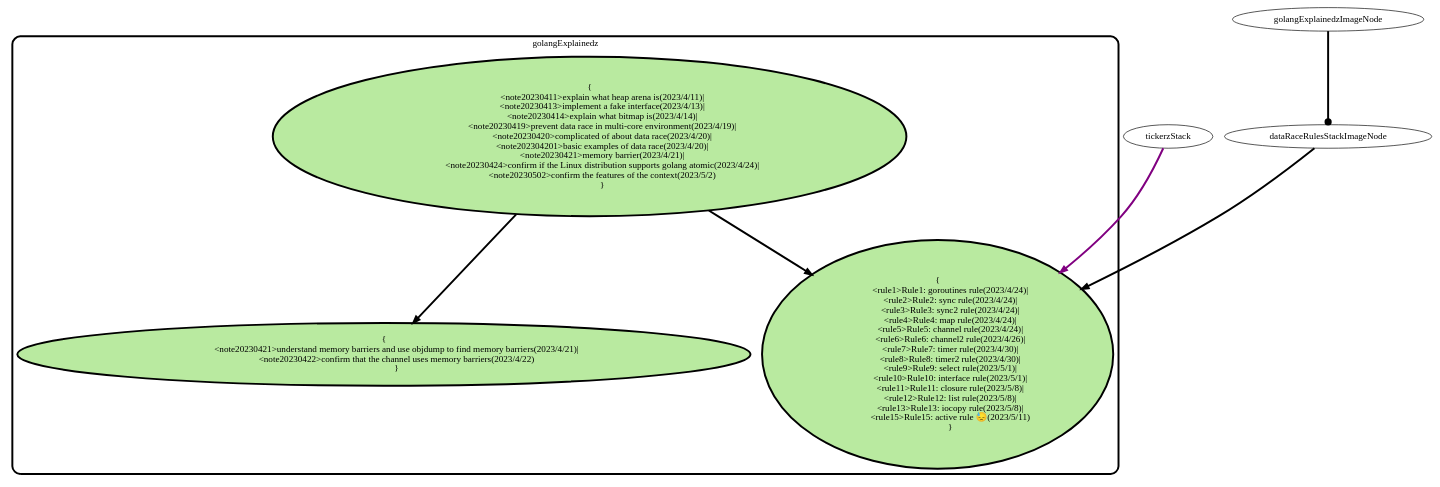
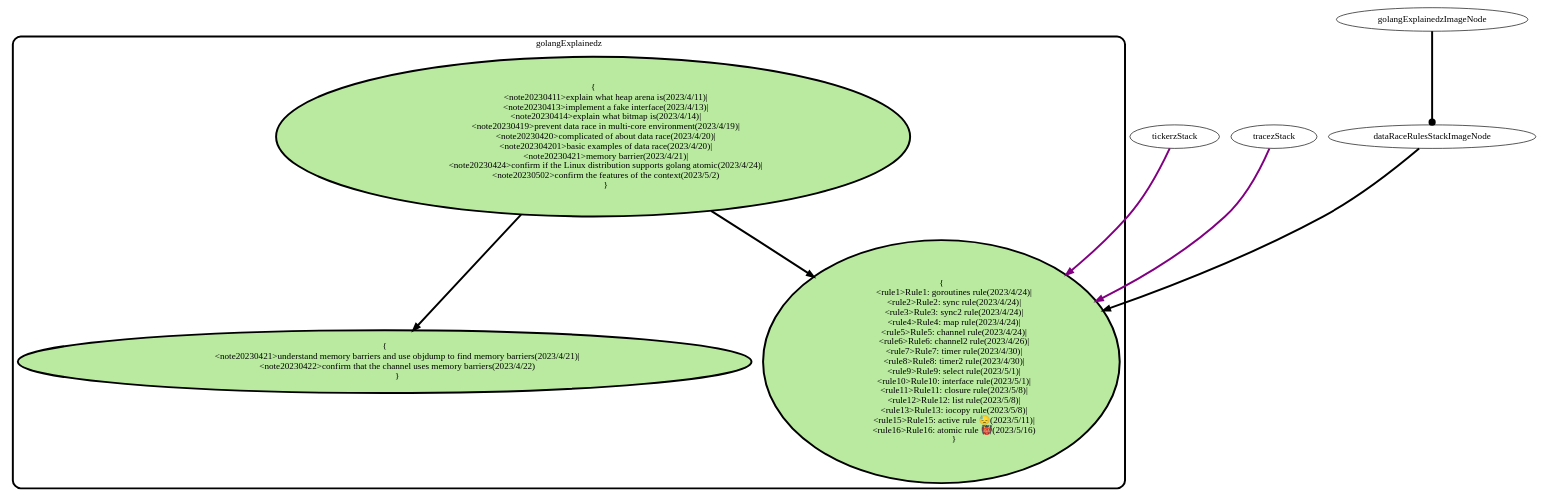
One commit to panhongrainbow/panhongrainbow.github.io changed the diagram in roadmap/subRoadmaps/07golangNode.dot. Above: the diagram before and after it, drawn with Graphviz. The commit also changed 4 other files, not shown here.

First line of the commit message:
[roadmap] records work on May 15, 2023, May 16, 2023 and May 14, 2023 👹.

```diff
--- a/roadmap/subRoadmaps/07golangNode.dot
+++ b/roadmap/subRoadmaps/07golangNode.dot
@@ -1,48 +1,50 @@
 digraph SubRoadmap {
     // (7) golang node
     subgraph cluster_golang_explain {
         style=rounded;
         penwidth=3;
         label="golangExplainedz";
         node [style=filled, penwidth=3, fillcolor="#B9EAA0"];
         golangExplainStack [label="{
             <note20230411>explain what heap arena is(2023/4/11)|
             <note20230413>implement a fake interface(2023/4/13)|
             <note20230414>explain what bitmap is(2023/4/14)|
             <note20230419>prevent data race in multi-core environment(2023/4/19)|
             <note20230420>complicated of about data race(2023/4/20)|
             <note202304201>basic examples of data race(2023/4/20)|
             <note20230421>memory barrier(2023/4/21)|
             <note20230424>confirm if the Linux distribution supports golang atomic(2023/4/24)|
             <note20230502>confirm the features of the context(2023/5/2)
             }", height=1];
         memoryBarrieStack [label="{
             <note20230421>understand memory barriers and use objdump to find memory barriers(2023/4/21)|
             <note20230422>confirm that the channel uses memory barriers(2023/4/22)
             }", height=1];
         dataRaceRulesStack [label="{
             <rule1>Rule1: goroutines rule(2023/4/24)|
             <rule2>Rule2: sync rule(2023/4/24)|
             <rule3>Rule3: sync2 rule(2023/4/24)|
             <rule4>Rule4: map rule(2023/4/24)|
             <rule5>Rule5: channel rule(2023/4/24)|
             <rule6>Rule6: channel2 rule(2023/4/26)|
             <rule7>Rule7: timer rule(2023/4/30)|
             <rule8>Rule8: timer2 rule(2023/4/30)|
             <rule9>Rule9: select rule(2023/5/1)|
             <rule10>Rule10: interface rule(2023/5/1)|
             <rule11>Rule11: closure rule(2023/5/8)|
             <rule12>Rule12: list rule(2023/5/8)|
             <rule13>Rule13: iocopy rule(2023/5/8)|
-            <rule15>Rule15: active rule 😓(2023/5/11)
+            <rule15>Rule15: active rule 😓(2023/5/11)|
+            <rule16>Rule16: atomic rule 👹(2023/5/16)
             }", height=1];
     }
     // feedback
     tickerzStack:note20230511 -> dataRaceRulesStack:rule15 [penwidth=3,color=purple];
+    tracezStack:note20230515 -> dataRaceRulesStack:rule16 [penwidth=3,color=purple];
 
     // inner node
     golangExplainedzImageNode -> dataRaceRulesStackImageNode  [penwidth=3,arrowhead=dot];
     dataRaceRulesStackImageNode -> dataRaceRulesStack [penwidth=3];
     golangExplainStack:note20230420 -> dataRaceRulesStack [penwidth=3];
     golangExplainStack:note20230421 -> memoryBarrieStack [penwidth=3];
 /*end*/}
```
